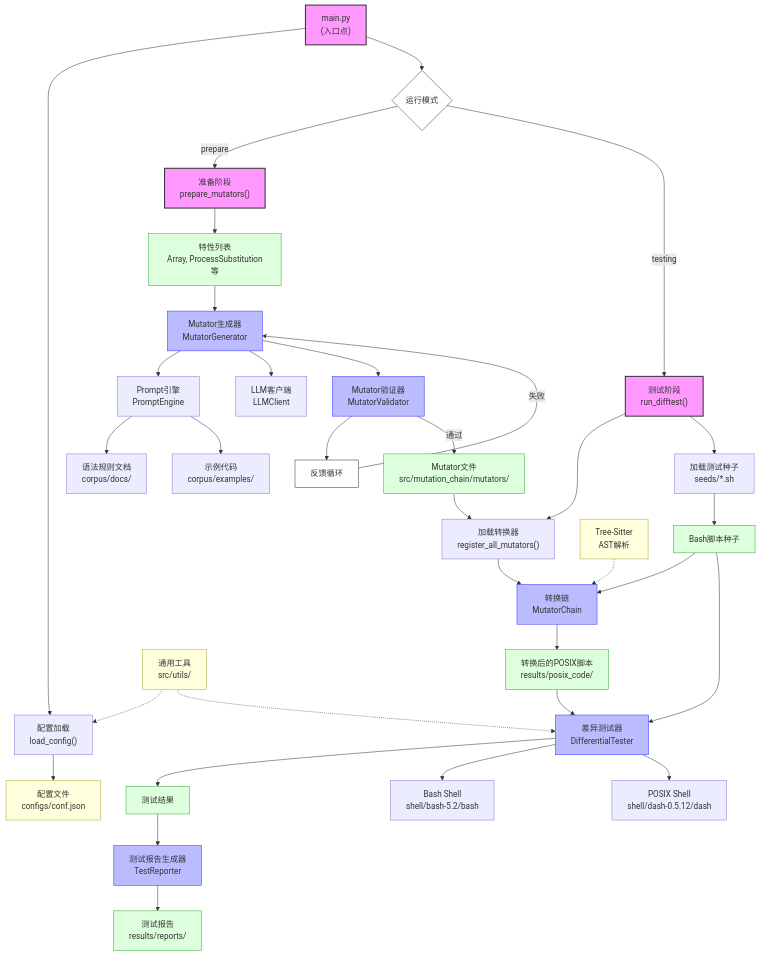
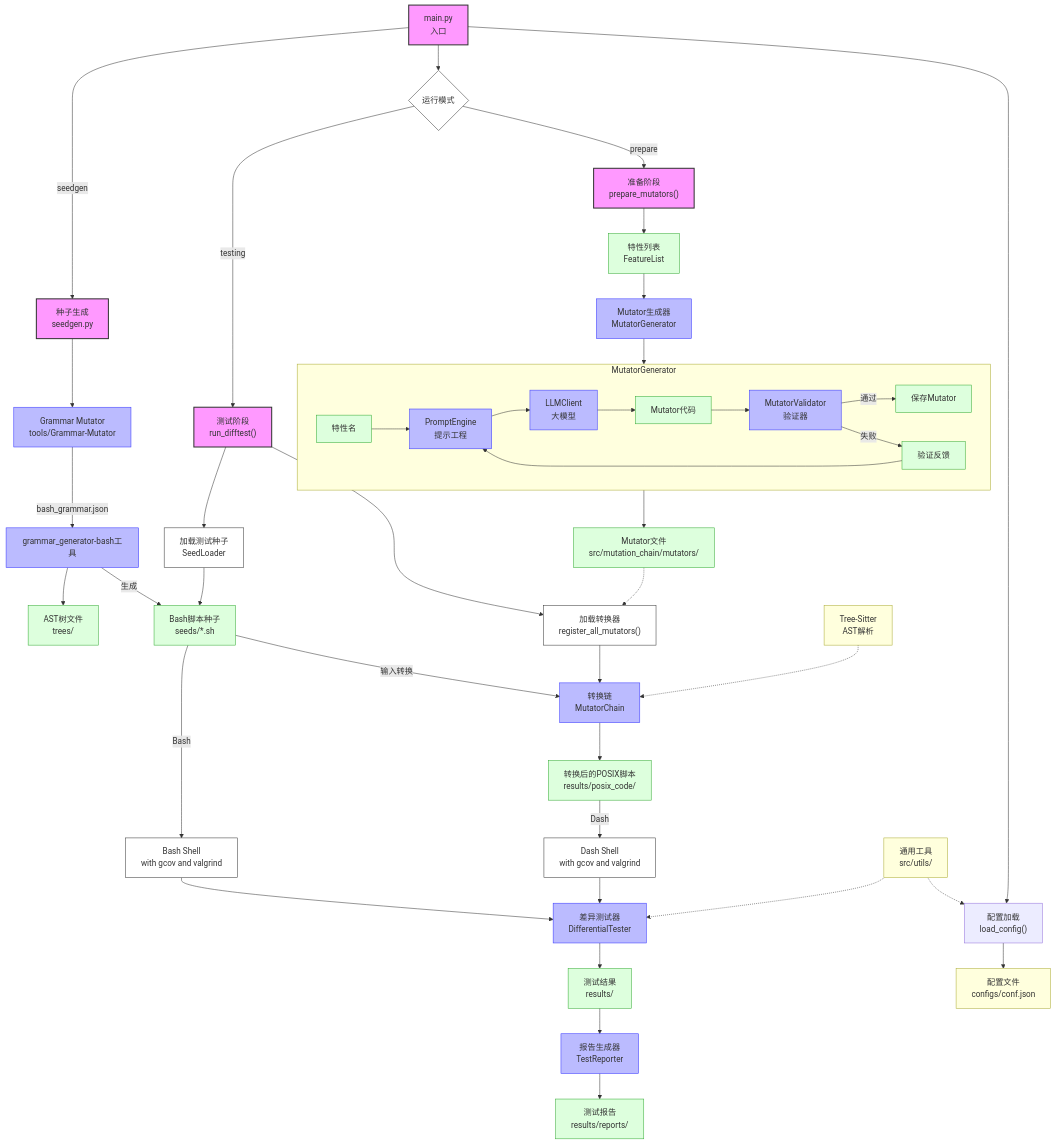
The diagram in README.md (GrapefruitCat030/bash-difftest), drawn with Mermaid before and after one commit. The commit also changed 1 other file, not shown here.

Commit message:
to: update the architecture mermaid in the README

````diff
--- a/README.md
+++ b/README.md
@@ -11,63 +11,74 @@
 ```mermaid
 graph TD
-    %% 主要入口点
-    main["main.py<br>(入口点)"] --> config_loader["配置加载<br>load_config()"]
+    %% 入口与配置
+    main["main.py<br>入口"] --> config_loader["配置加载<br>load_config()"]
     config_loader --> config["配置文件<br>configs/conf.json"]
+
+    %% 运行模式
     main --> mode{"运行模式"}
-    
+
     %% 准备阶段
     mode -->|prepare| prep["准备阶段<br>prepare_mutators()"]
-    prep --> feature_list["特性列表<br>Array, ProcessSubstitution等"]
+    prep --> feature_list["特性列表<br>FeatureList"]
     
+    %% MutatorGenerator 细化
     feature_list --> generator["Mutator生成器<br>MutatorGenerator"]
-    generator --> prompt_engine["Prompt引擎<br>PromptEngine"]
-    prompt_engine --> docs["语法规则文档<br>corpus/docs/"]
-    prompt_engine --> examples["示例代码<br>corpus/examples/"]
-    generator --> llm["LLM客户端<br>LLMClient"]
-    
-    generator --> validator["Mutator验证器<br>MutatorValidator"]
-    validator --> feedback["反馈循环"]
-    feedback -->|失败| generator
-    validator -->|通过| mutator_files["Mutator文件<br>src/mutation_chain/mutators/"]
-    
+    subgraph MutatorGenerator [MutatorGenerator]
+        direction LR
+        feature_in["特性名"] --> prompt_engine["PromptEngine<br>提示工程"]
+        prompt_engine --> llm["LLMClient<br>大模型"]
+        llm --> mutator_code["Mutator代码"]
+        mutator_code --> validator["MutatorValidator<br>验证器"]
+        validator -->|通过| save_mutator["保存Mutator"]
+        validator -->|失败| feedback["验证反馈"]
+        feedback --> prompt_engine
+    end
+    generator --> MutatorGenerator
+
+    save_mutator --> mutator_files["Mutator文件<br>src/mutation_chain/mutators/"]
+
+    %% 种子生成阶段
+    main -->|seedgen| seedgen["种子生成<br>seedgen.py"]
+    seedgen --> grammar_mutator["Grammar Mutator<br>tools/Grammar-Mutator"]
+    grammar_mutator -->|bash_grammar.json| grammar_generator["grammar_generator-bash工具"]
+    grammar_generator -->|生成| seeds_dir["Bash脚本种子<br>seeds/*.sh"]
+    grammar_generator --> trees_dir["AST树文件<br>trees/"]
+
     %% 测试阶段
     mode -->|testing| test["测试阶段<br>run_difftest()"]
     test --> load_mutators["加载转换器<br>register_all_mutators()"]
-    mutator_files --> load_mutators
+    mutator_files -.-> load_mutators
     load_mutators --> mutation_chain["转换链<br>MutatorChain"]
-    
-    test --> seed_loader["加载测试种子<br>seeds/*.sh"]
-    seed_loader --> seed_files["Bash脚本种子"]
-    
-    seed_files --> mutation_chain
+    test --> seed_loader["加载测试种子<br>SeedLoader"]
+    seed_loader --> seeds_dir
+    seeds_dir -->|输入转换| mutation_chain
     mutation_chain --> posix_files["转换后的POSIX脚本<br>results/posix_code/"]
-    
-    seed_files --> diff_tester["差异测试器<br>DifferentialTester"]
-    posix_files --> diff_tester
-    diff_tester --> test_results["测试结果"]
-    
-    test_results --> reporter["测试报告生成器<br>TestReporter"]
+
+    %% 差分测试与报告
+    seeds_dir -->|Bash| bash["Bash Shell<br>with gcov and valgrind"]
+    posix_files -->|Dash| dash["Dash Shell<br>with gcov and valgrind"]
+    bash --> diff_tester["差异测试器<br>DifferentialTester"]
+    dash --> diff_tester
+    diff_tester --> test_results["测试结果<br>results/"]
+    test_results --> reporter["报告生成器<br>TestReporter"]
     reporter --> report_files["测试报告<br>results/reports/"]
-    
-    %% Shell执行相关
-    diff_tester --> bash["Bash Shell<br>shell/bash-5.2/bash"]
-    diff_tester --> posix["POSIX Shell<br>shell/dash-0.5.12/dash"]
-    
-    %% 依赖和工具
+
+    %% 工具与依赖
     utils["通用工具<br>src/utils/"] -.-> config_loader
     utils -.-> diff_tester
     tree_sitter["Tree-Sitter<br>AST解析"] -.-> mutation_chain
-    
-    %% 样式定义
+
+    %% 样式
     classDef primary fill:#f9f,stroke:#333,stroke-width:2px;
     classDef secondary fill:#bbf,stroke:#33f,stroke-width:1px;
     classDef data fill:#dfd,stroke:#3a3,stroke-width:1px;
     classDef config fill:#ffd,stroke:#aa3,stroke-width:1px;
     classDef flow fill:#fff,stroke:#333,stroke-width:1px;
-    
-    class main,prep,test primary;
-    class generator,validator,mutation_chain,diff_tester,reporter secondary;
-    class feature_list,seed_files,mutator_files,posix_files,test_results,report_files data;
+
+    class main,prep,test,seedgen primary;
+    class generator,validator,mutation_chain,diff_tester,reporter,grammar_mutator,grammar_generator,prompt_engine,llm secondary;
+    class feature_list,seeds_dir,mutator_files,posix_files,test_results,report_files,trees_dir,mutator_code,save_mutator,feature_in,feedback data;
     class config,utils,tree_sitter config;
-    class mode,feedback flow;
+    class mode,seed_loader,load_mutators flow;
+    class bash,dash flow;
 ```
````
